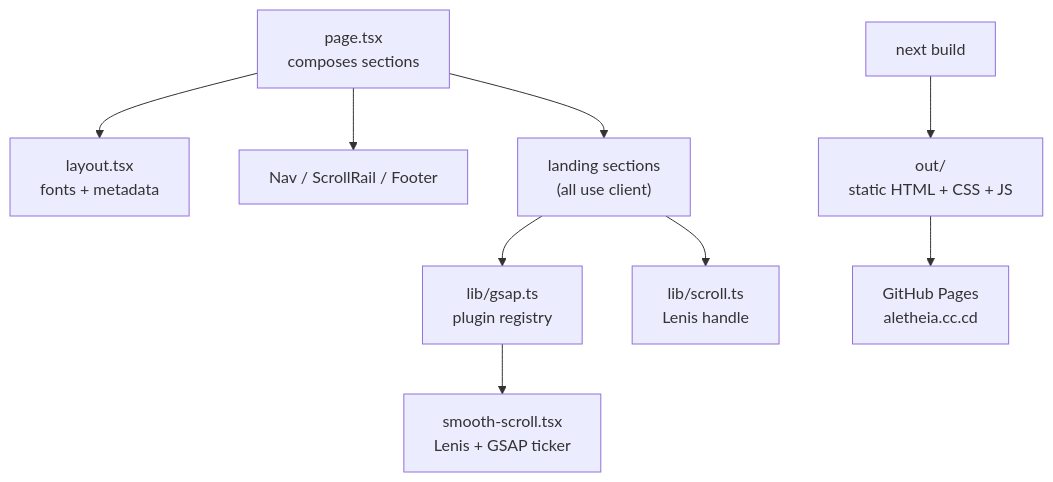
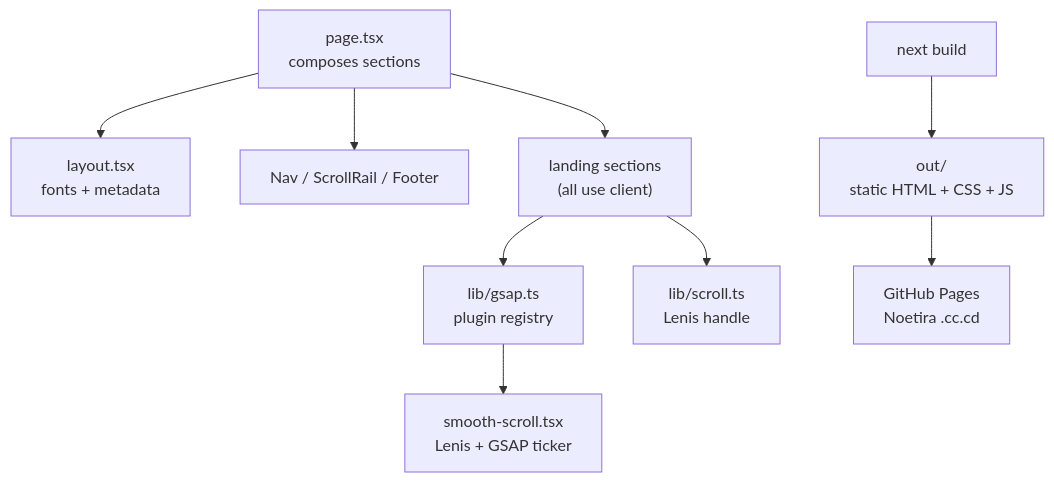
Before and after one commit to Debronejacobs/olrien-frontend: the diagram in README.md, drawn with Mermaid. The commit also changed other lines of this file and 25 other files, not shown here.

````diff
--- a/README.md
+++ b/README.md
@@ -58,13 +58,13 @@
 ```mermaid
 flowchart TD
     Page["page.tsx<br/>composes sections"] --> Layout["layout.tsx<br/>fonts + metadata"]
     Page --> Nav["Nav / ScrollRail / Footer"]
     Page --> Sections["landing sections<br/>(all use client)"]
 
     Sections --> Gsap["lib/gsap.ts<br/>plugin registry"]
     Sections --> Scroll["lib/scroll.ts<br/>Lenis handle"]
     Gsap --> Smooth["smooth-scroll.tsx<br/>Lenis + GSAP ticker"]
 
     Build["next build"] --> Out["out/<br/>static HTML + CSS + JS"]
-    Out --> Pages["GitHub Pages<br/>aletheia.cc.cd"]
+    Out --> Pages["GitHub Pages<br/>Noetira .cc.cd"]
 ```
````
